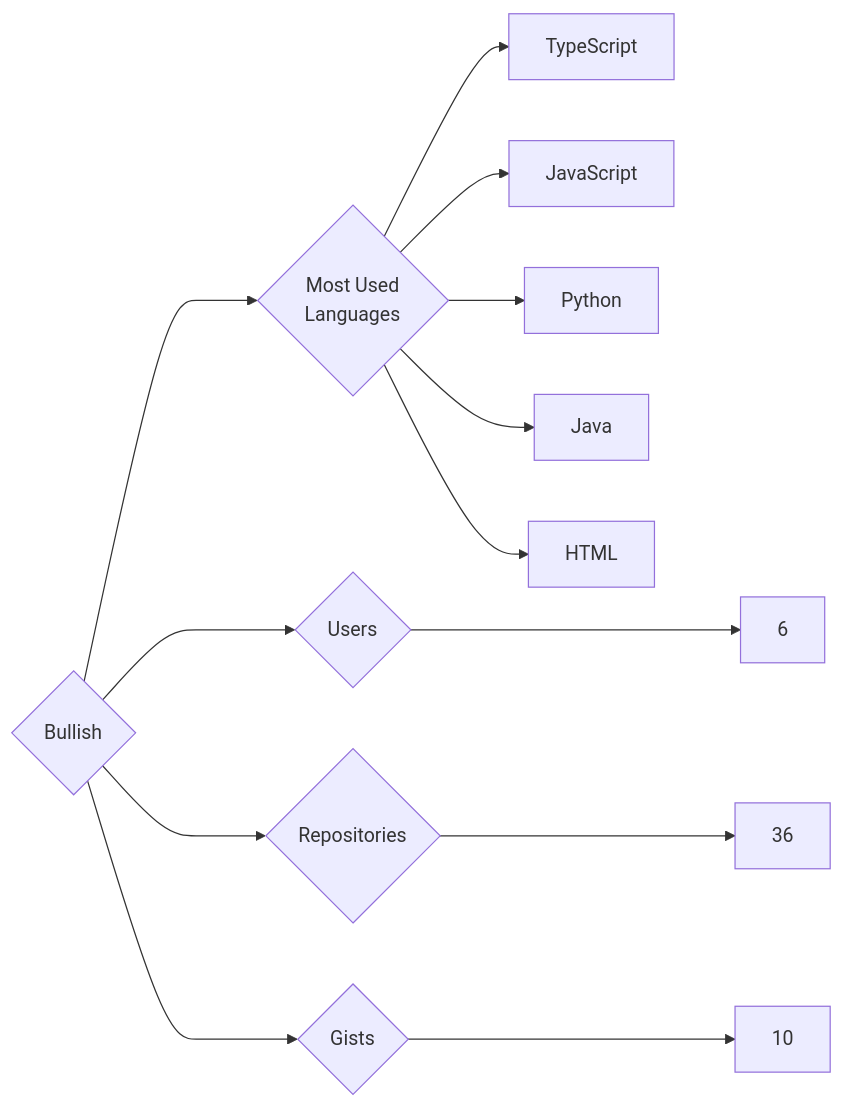
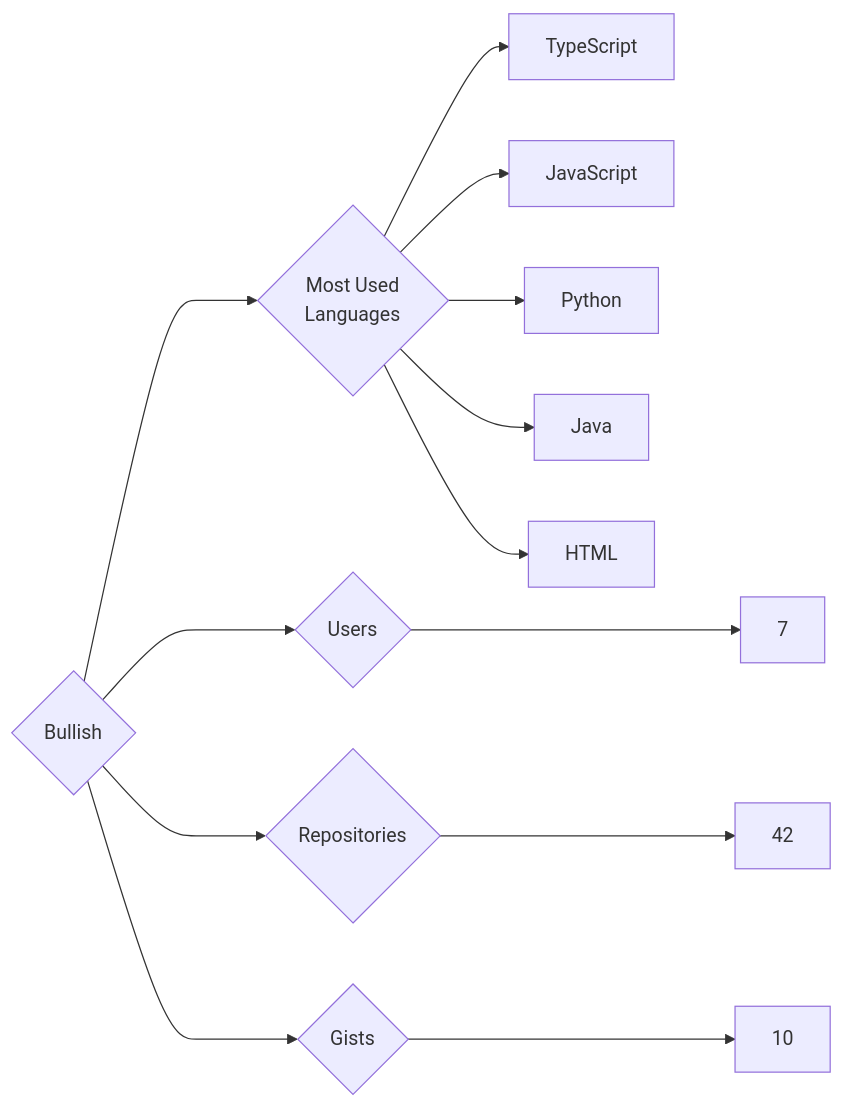
Before and after one commit to trickest/insiders: the diagram in targets/Bullish/README.md, drawn with Mermaid. The commit also changed 1055 other files, not shown here.

````diff
--- a/targets/Bullish/README.md
+++ b/targets/Bullish/README.md
@@ -3,13 +3,13 @@
 ```mermaid
 graph LR
 COMPANY_NAME{Bullish}
-COMPANY_NAME ---> U{Users} ---> UN[6]
-COMPANY_NAME ---> R{Repositories} ---> RN[36]
+COMPANY_NAME ---> U{Users} ---> UN[7]
+COMPANY_NAME ---> R{Repositories} ---> RN[42]
 COMPANY_NAME ---> G{Gists} ---> GN[10]
 COMPANY_NAME ---> ML{Most Used<br>Languages}
 ML --> TypeScript[TypeScript]
 ML --> JavaScript[JavaScript]
 ML --> Python[Python]
 ML --> Java[Java]
 ML --> HTML[HTML]
 ```
````
